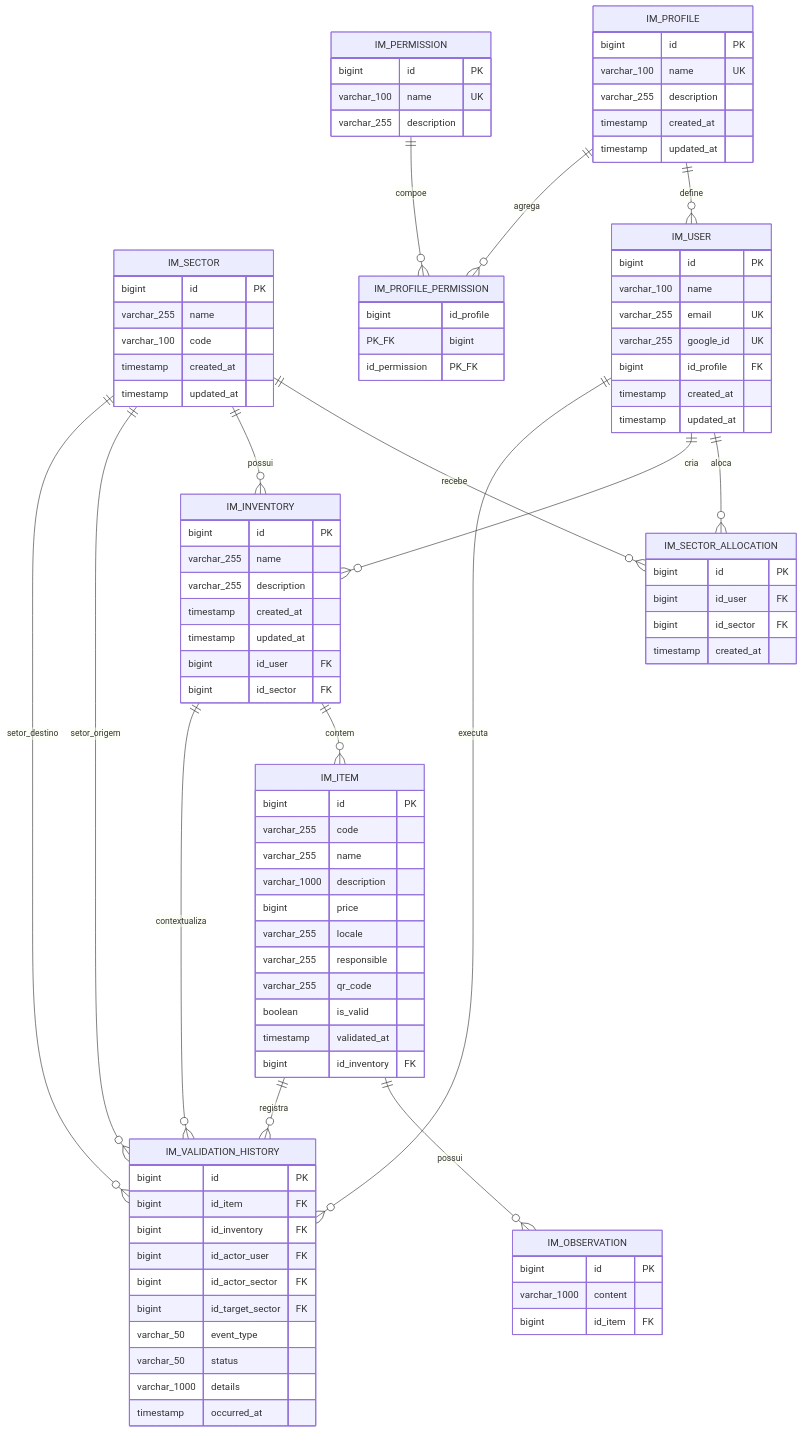
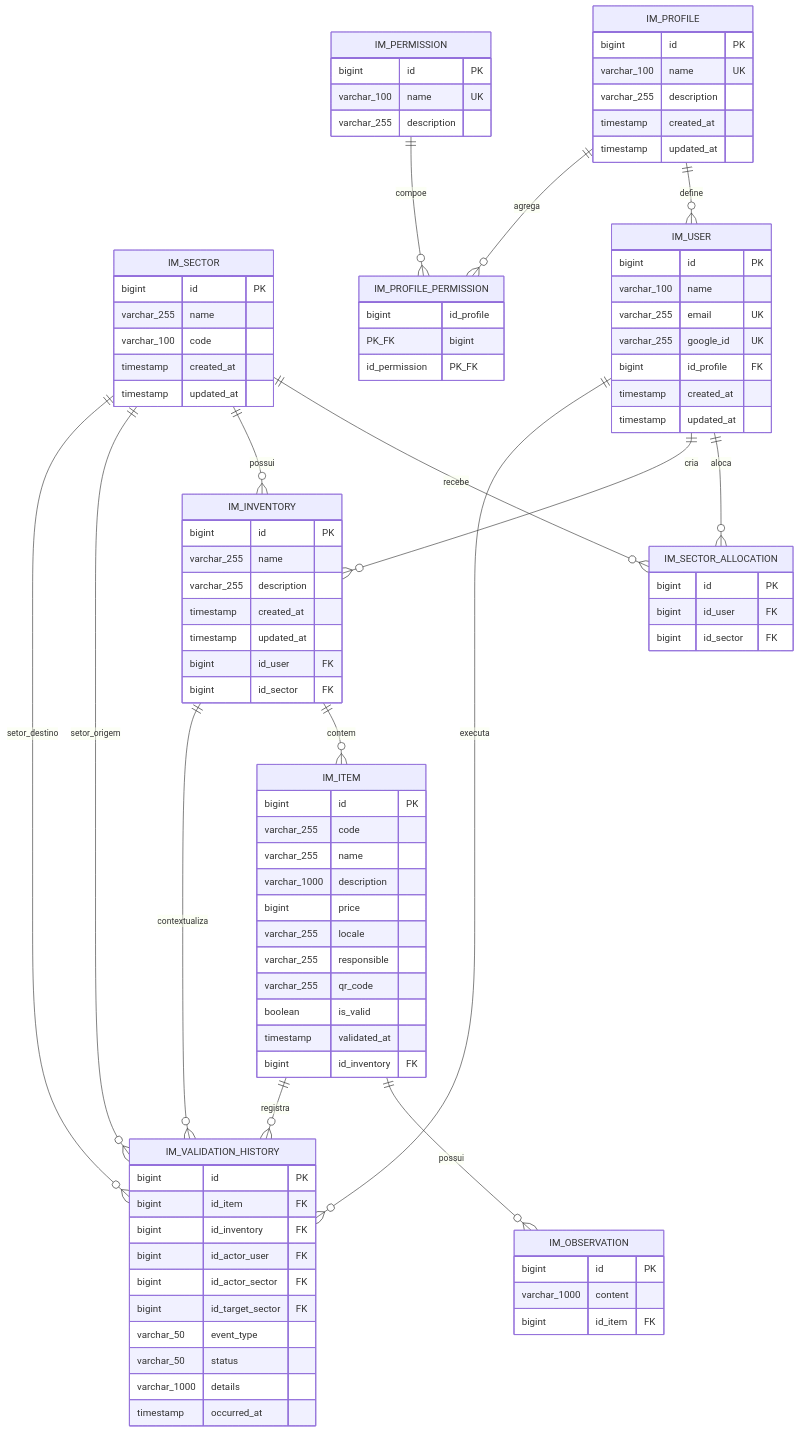
The first of 2 diagrams in docs/wiki/Proposta-de-Modelagem-Organizacoes-Setores-e-Permissoes.md (ifpebj-ti/inventario-patrimonio-cces), drawn with Mermaid before and after one commit. The commit also changed other lines of this file, not shown here.

```diff
--- a/docs/wiki/Proposta-de-Modelagem-Organizacoes-Setores-e-Permissoes.md
+++ b/docs/wiki/Proposta-de-Modelagem-Organizacoes-Setores-e-Permissoes.md
@@ -195,7 +196,6 @@
         bigint id PK
         bigint id_user FK
         bigint id_sector FK
-        timestamp created_at
     }
 
     IM_USER {
```
